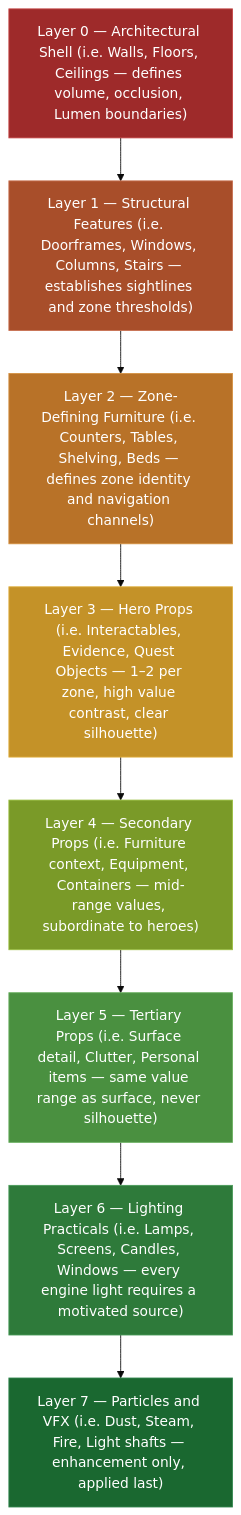
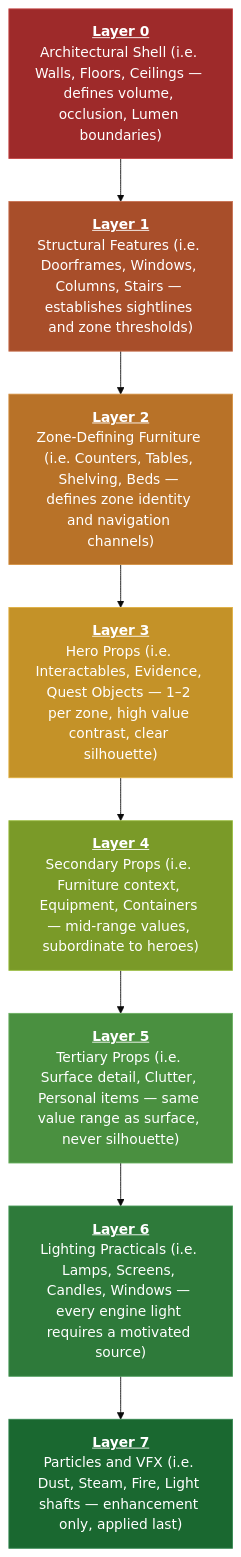
Before and after one commit to nmcguinness/L8-3DGD-Module-Content: the diagram in Notes/interior_level_design.md, drawn with Mermaid (base theme).

````diff
--- a/Notes/interior_level_design.md
+++ b/Notes/interior_level_design.md
@@ -254,22 +254,22 @@
 ```mermaid
 flowchart TD
- L0["Layer 0 — Architectural Shell (i.e. Walls, Floors, Ceilings — defines volume, occlusion, Lumen boundaries)"]
-    L1["Layer 1 — Structural Features (i.e. Doorframes, Windows, Columns, Stairs — establishes sightlines and zone thresholds)"]
-    L2["Layer 2 — Zone-Defining Furniture (i.e. Counters, Tables, Shelving, Beds — defines zone identity and navigation channels)"]
-    L3["Layer 3 — Hero Props (i.e. Interactables, Evidence, Quest Objects — 1–2 per zone, high value contrast, clear silhouette)"]
-    L4["Layer 4 — Secondary Props (i.e. Furniture context, Equipment, Containers — mid-range values, subordinate to heroes)"]
-    L5["Layer 5 — Tertiary Props (i.e. Surface detail, Clutter, Personal items — same value range as surface, never silhouette)"]
-    L6["Layer 6 — Lighting Practicals (i.e. Lamps, Screens, Candles, Windows — every engine light requires a motivated source)"]
-    L7["Layer 7 — Particles and VFX (i.e. Dust, Steam, Fire, Light shafts — enhancement only, applied last)"]
+    L0["<b><u>Layer 0</u></b><br>Architectural Shell (i.e. Walls, Floors, Ceilings — defines volume, occlusion, Lumen boundaries)"]
+    L1["<b><u>Layer 1</u></b><br>Structural Features (i.e. Doorframes, Windows, Columns, Stairs — establishes sightlines and zone thresholds)"]
+    L2["<b><u>Layer 2</u></b><br>Zone-Defining Furniture (i.e. Counters, Tables, Shelving, Beds — defines zone identity and navigation channels)"]
+    L3["<b><u>Layer 3</u></b><br>Hero Props (i.e. Interactables, Evidence, Quest Objects — 1–2 per zone, high value contrast, clear silhouette)"]
+    L4["<b><u>Layer 4</u></b><br>Secondary Props (i.e. Furniture context, Equipment, Containers — mid-range values, subordinate to heroes)"]
+    L5["<b><u>Layer 5</u></b><br>Tertiary Props (i.e. Surface detail, Clutter, Personal items — same value range as surface, never silhouette)"]
+    L6["<b><u>Layer 6</u></b><br>Lighting Practicals (i.e. Lamps, Screens, Candles, Windows — every engine light requires a motivated source)"]
+    L7["<b><u>Layer 7</u></b><br>Particles and VFX (i.e. Dust, Steam, Fire, Light shafts — enhancement only, applied last)"]
 
     L0 --> L1 --> L2 --> L3 --> L4 --> L5 --> L6 --> L7
 
   style L0 fill:#9E2A2A,color:#ffffff,stroke:#C44444
     style L1 fill:#A84E2A,color:#ffffff,stroke:#C87050
     style L2 fill:#B87228,color:#ffffff,stroke:#D49040
     style L3 fill:#C49228,color:#ffffff,stroke:#E0B040
     style L4 fill:#7A9A28,color:#ffffff,stroke:#9ABE40
     style L5 fill:#4A9040,color:#ffffff,stroke:#6AB060
     style L6 fill:#2E7A3A,color:#ffffff,stroke:#489A58
     style L7 fill:#1A6830,color:#ffffff,stroke:#348850
 ```
````
